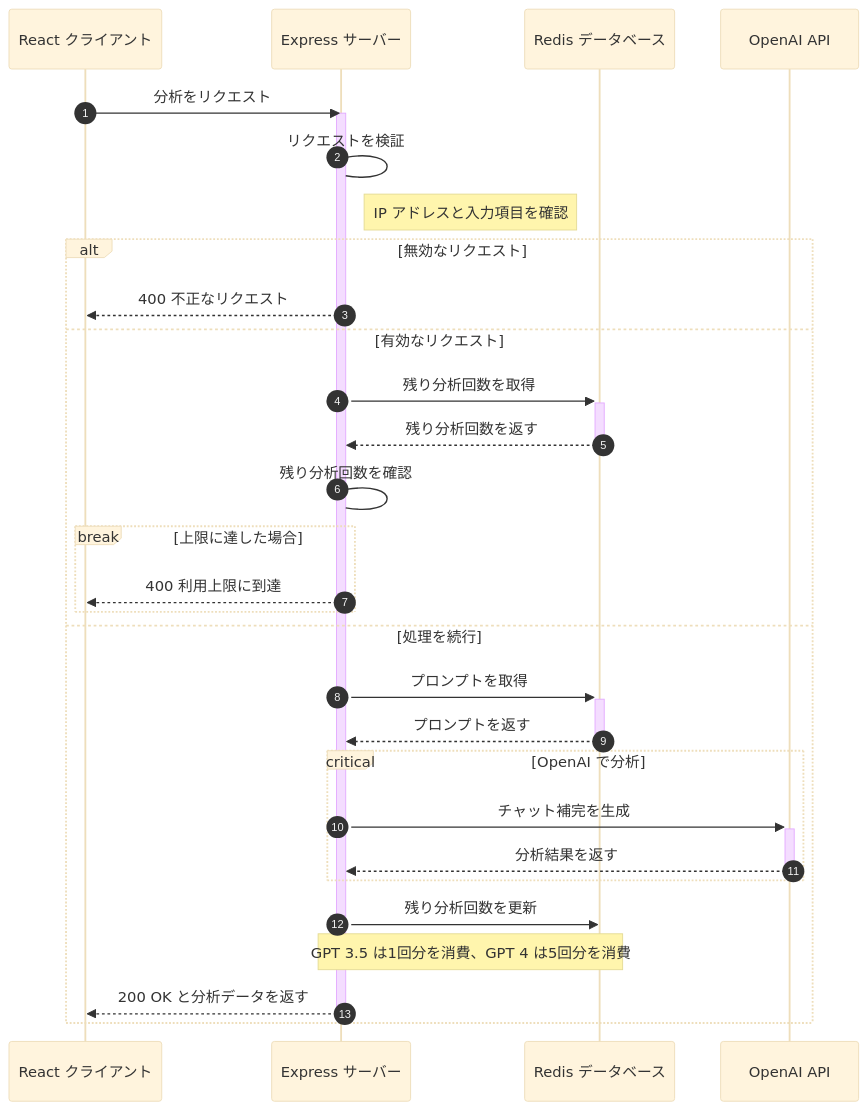
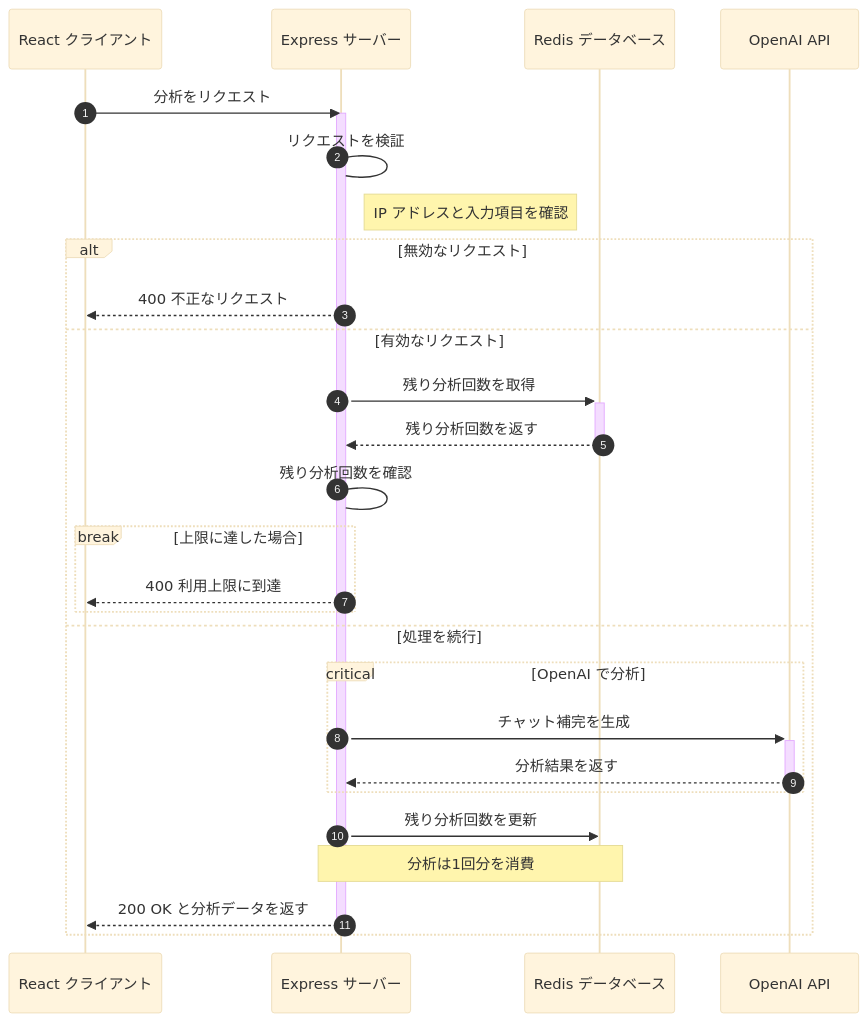
One commit to romantech/syntax-analyzer changed the diagram in README.ja.md. Above: the diagram before and after it, drawn with Mermaid (base theme). The commit also changed other lines of this file and 67 other files, not shown here.

````diff
--- a/README.ja.md
+++ b/README.ja.md
@@ -56,44 +56,41 @@
 ```mermaid
 sequenceDiagram
     autonumber
 
     participant C as React クライアント
     participant S as Express サーバー
     participant R as Redis データベース
     participant O as OpenAI API
 
     C->>S: 分析をリクエスト
 
     activate S
 
     S->S: リクエストを検証
     Note right of S: IP アドレスと入力項目を確認
 
     alt 無効なリクエスト
         S-->>C: 400 不正なリクエスト
 
     else 有効なリクエスト
         S->>+R: 残り分析回数を取得
         R-->>-S: 残り分析回数を返す
         S->S: 残り分析回数を確認
 
         break 上限に達した場合
             S-->>C: 400 利用上限に到達
         end
 
         else 処理を続行
-            S->>+R: プロンプトを取得
-            R-->>-S: プロンプトを返す
-
             critical OpenAI で分析
                 S->>+O: チャット補完を生成
                 O-->>-S: 分析結果を返す
             end
 
             S->>R: 残り分析回数を更新
-            Note over S,R: GPT 3.5 は1回分を消費、GPT 4 は5回分を消費
+            Note over S,R: 分析は1回分を消費
 
             S-->>C: 200 OK と分析データを返す
             deactivate S
     end
 ```
````
